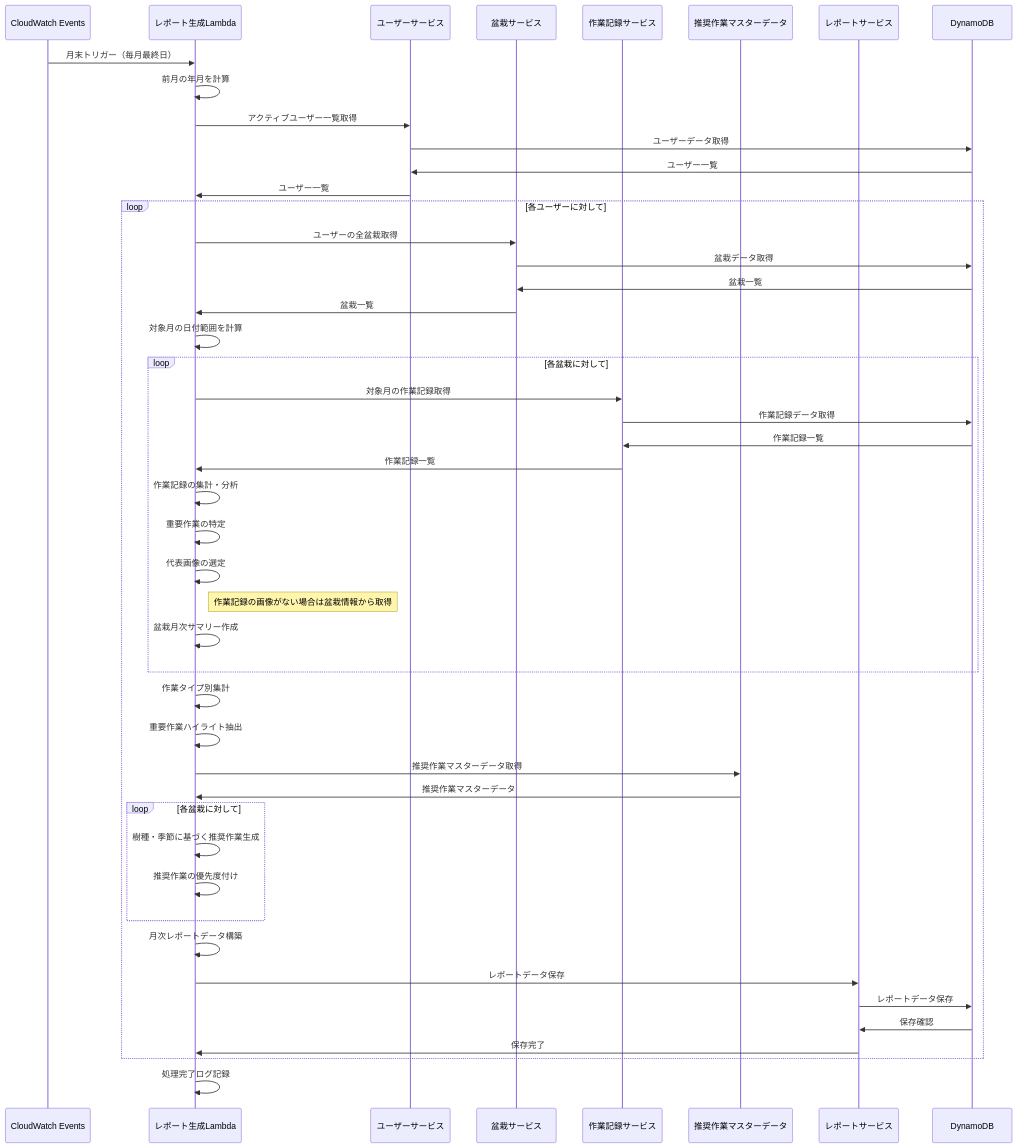
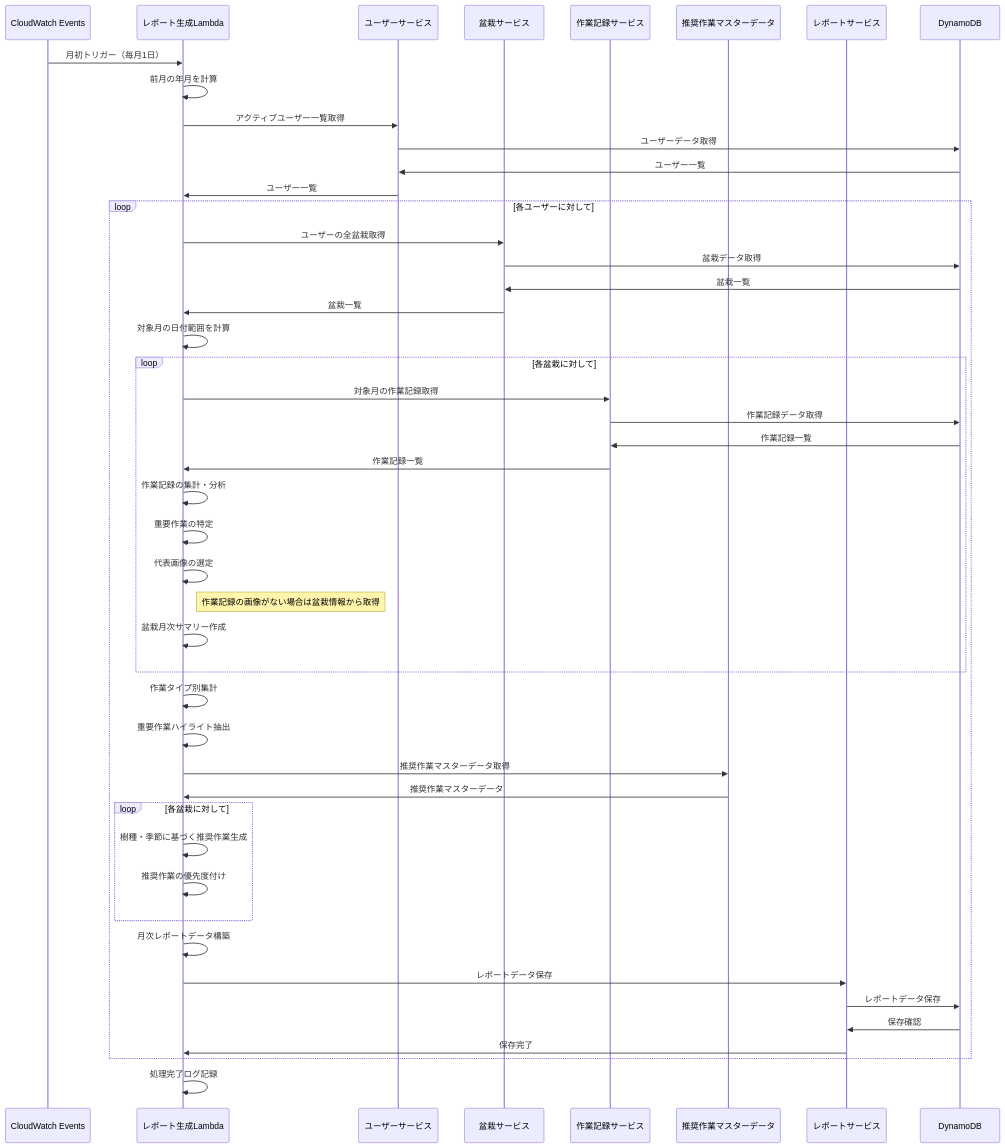
One commit to masanori-sasaki/bonsai-app changed diagram 17 of 19 in docs/design/process-flow.md. Above: the diagram before and after it, drawn with Mermaid. The commit also changed 6 other files, not shown here.

````diff
--- a/docs/design/process-flow.md
+++ b/docs/design/process-flow.md
@@ -516,60 +516,60 @@
 ```mermaid
 sequenceDiagram
     participant Scheduler as CloudWatch Events
     participant Lambda as レポート生成Lambda
     participant UserService as ユーザーサービス
     participant BonsaiService as 盆栽サービス
     participant RecordService as 作業記録サービス
     participant MasterData as 推奨作業マスターデータ
     participant ReportService as レポートサービス
     participant DB as DynamoDB
 
-    Scheduler->>Lambda: 月末トリガー（毎月最終日）
+    Scheduler->>Lambda: 月初トリガー（毎月1日）
     Lambda->>Lambda: 前月の年月を計算
     Lambda->>UserService: アクティブユーザー一覧取得
     UserService->>DB: ユーザーデータ取得
     DB->>UserService: ユーザー一覧
     UserService->>Lambda: ユーザー一覧
     
     loop 各ユーザーに対して
         Lambda->>BonsaiService: ユーザーの全盆栽取得
         BonsaiService->>DB: 盆栽データ取得
         DB->>BonsaiService: 盆栽一覧
         BonsaiService->>Lambda: 盆栽一覧
         
         Lambda->>Lambda: 対象月の日付範囲を計算
         
         loop 各盆栽に対して
             Lambda->>RecordService: 対象月の作業記録取得
             RecordService->>DB: 作業記録データ取得
             DB->>RecordService: 作業記録一覧
             RecordService->>Lambda: 作業記録一覧
             
             Lambda->>Lambda: 作業記録の集計・分析
             Lambda->>Lambda: 重要作業の特定
             Lambda->>Lambda: 代表画像の選定
                 note right of Lambda: 作業記録の画像がない場合は盆栽情報から取得
             
             Lambda->>Lambda: 盆栽月次サマリー作成
         end
         
         Lambda->>Lambda: 作業タイプ別集計
         Lambda->>Lambda: 重要作業ハイライト抽出
         
         Lambda->>MasterData: 推奨作業マスターデータ取得
         MasterData->>Lambda: 推奨作業マスターデータ
         
         loop 各盆栽に対して
             Lambda->>Lambda: 樹種・季節に基づく推奨作業生成
             Lambda->>Lambda: 推奨作業の優先度付け
         end
         
         Lambda->>Lambda: 月次レポートデータ構築
         Lambda->>ReportService: レポートデータ保存
         ReportService->>DB: レポートデータ保存
         DB->>ReportService: 保存確認
         ReportService->>Lambda: 保存完了
     end
     
     Lambda->>Lambda: 処理完了ログ記録
 ```
````
